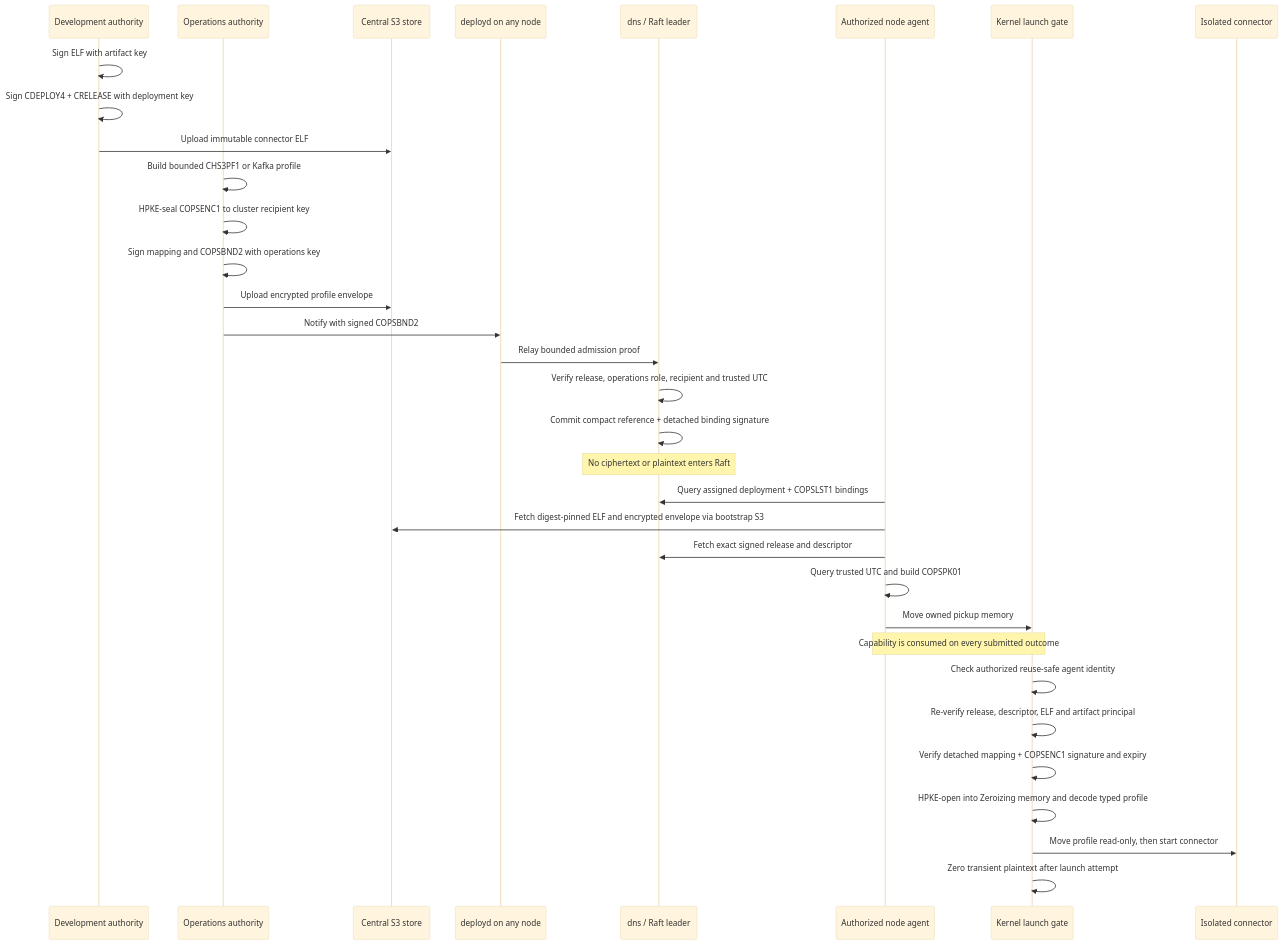
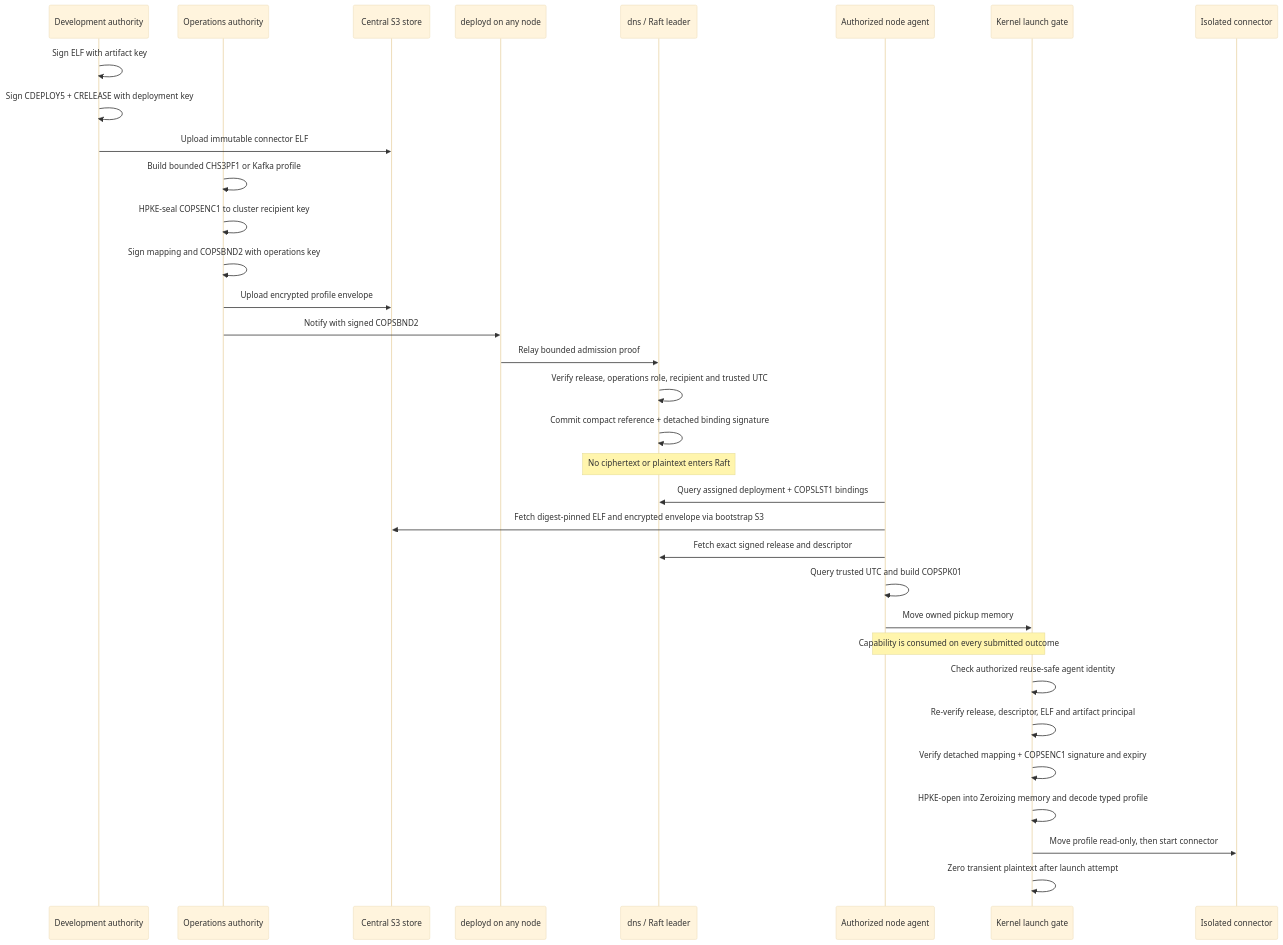
One commit to FrodeRanders/charlotte-os changed the ninth of 12 diagrams in docs/figures.md. Above: the diagram before and after it, drawn with Mermaid (base theme). The commit also changed other lines of this file and 33 other files, not shown here.

````diff
--- a/docs/figures.md
+++ b/docs/figures.md
@@ -394,40 +394,40 @@
 ```mermaid
 sequenceDiagram
 participant DEV as Development authority
 participant OPS as Operations authority
 participant O as Central S3 store
 participant D as deployd on any node
 participant R as dns / Raft leader
 participant A as Authorized node agent
 participant K as Kernel launch gate
 participant C as Isolated connector
 
       DEV->>DEV: Sign ELF with artifact key
-      DEV->>DEV: Sign CDEPLOY4 + CRELEASE with deployment key
+      DEV->>DEV: Sign CDEPLOY5 + CRELEASE with deployment key
       DEV->>O: Upload immutable connector ELF
 
       OPS->>OPS: Build bounded CHS3PF1 or Kafka profile
       OPS->>OPS: HPKE-seal COPSENC1 to cluster recipient key
       OPS->>OPS: Sign mapping and COPSBND2 with operations key
       OPS->>O: Upload encrypted profile envelope
       OPS->>D: Notify with signed COPSBND2
 
       D->>R: Relay bounded admission proof
       R->>R: Verify release, operations role, recipient and trusted UTC
       R->>R: Commit compact reference + detached binding signature
       Note over R: No ciphertext or plaintext enters Raft
 
       A->>R: Query assigned deployment + COPSLST1 bindings
       A->>O: Fetch digest-pinned ELF and encrypted envelope via bootstrap S3
       A->>R: Fetch exact signed release and descriptor
       A->>A: Query trusted UTC and build COPSPK01
       A->>K: Move owned pickup memory
       Note over A,K: Capability is consumed on every submitted outcome
 
       K->>K: Check authorized reuse-safe agent identity
       K->>K: Re-verify release, descriptor, ELF and artifact principal
       K->>K: Verify detached mapping + COPSENC1 signature and expiry
       K->>K: HPKE-open into Zeroizing memory and decode typed profile
       K->>C: Move profile read-only, then start connector
       K->>K: Zero transient plaintext after launch attempt
 ```
````
